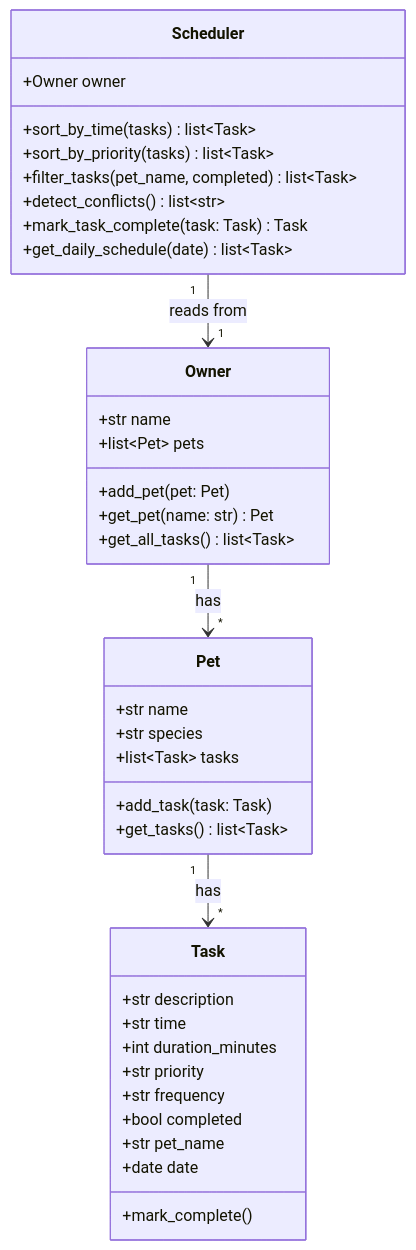
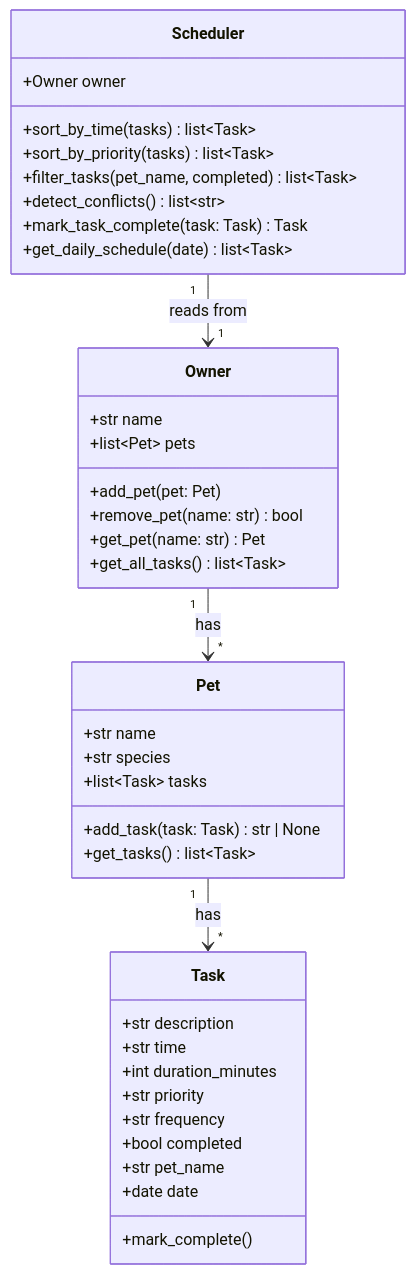
One commit to aardpark/ai110-module2show-pawpal-starter changed the diagram in uml_diagram.mmd. Above: the diagram before and after it, drawn with Mermaid. The commit also changed 7 other files, not shown here.

```diff
--- a/uml_diagram.mmd
+++ b/uml_diagram.mmd
@@ -1,42 +1,43 @@
 classDiagram
     class Task {
         +str description
         +str time
         +int duration_minutes
         +str priority
         +str frequency
         +bool completed
         +str pet_name
         +date date
         +mark_complete()
     }
 
     class Pet {
         +str name
         +str species
         +list~Task~ tasks
-        +add_task(task: Task)
+        +add_task(task: Task) str | None
         +get_tasks() list~Task~
     }
 
     class Owner {
         +str name
         +list~Pet~ pets
         +add_pet(pet: Pet)
+        +remove_pet(name: str) bool
         +get_pet(name: str) Pet
         +get_all_tasks() list~Task~
     }
 
     class Scheduler {
         +Owner owner
         +sort_by_time(tasks) list~Task~
         +sort_by_priority(tasks) list~Task~
         +filter_tasks(pet_name, completed) list~Task~
         +detect_conflicts() list~str~
         +mark_task_complete(task: Task) Task
         +get_daily_schedule(date) list~Task~
     }
 
     Owner "1" --> "*" Pet : has
     Pet "1" --> "*" Task : has
     Scheduler "1" --> "1" Owner : reads from
```
